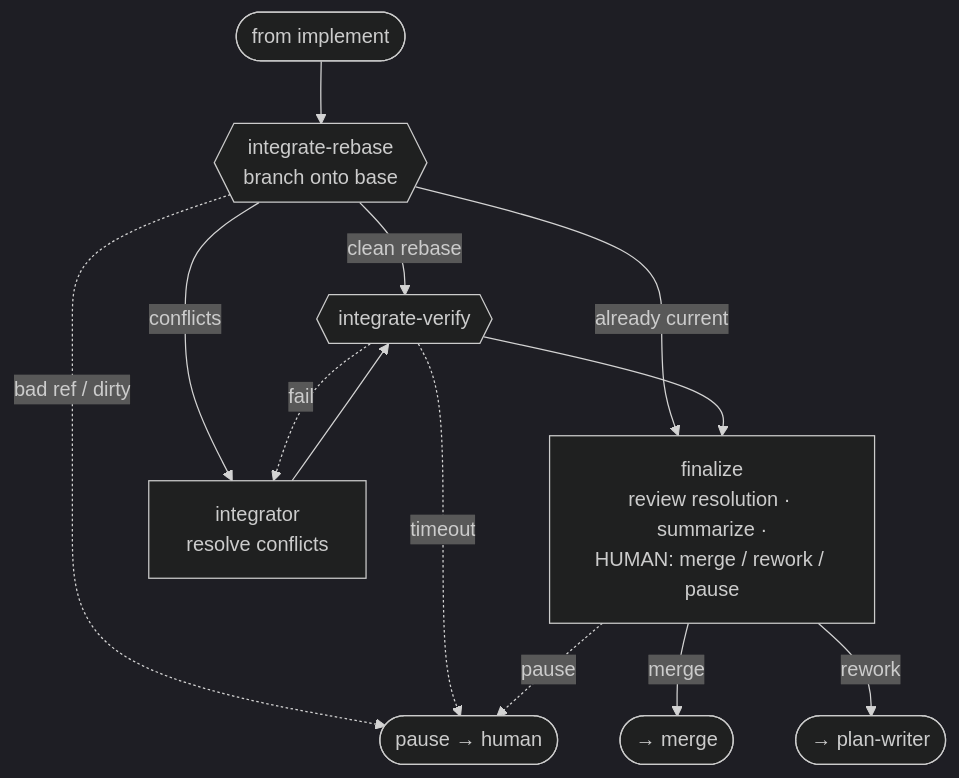
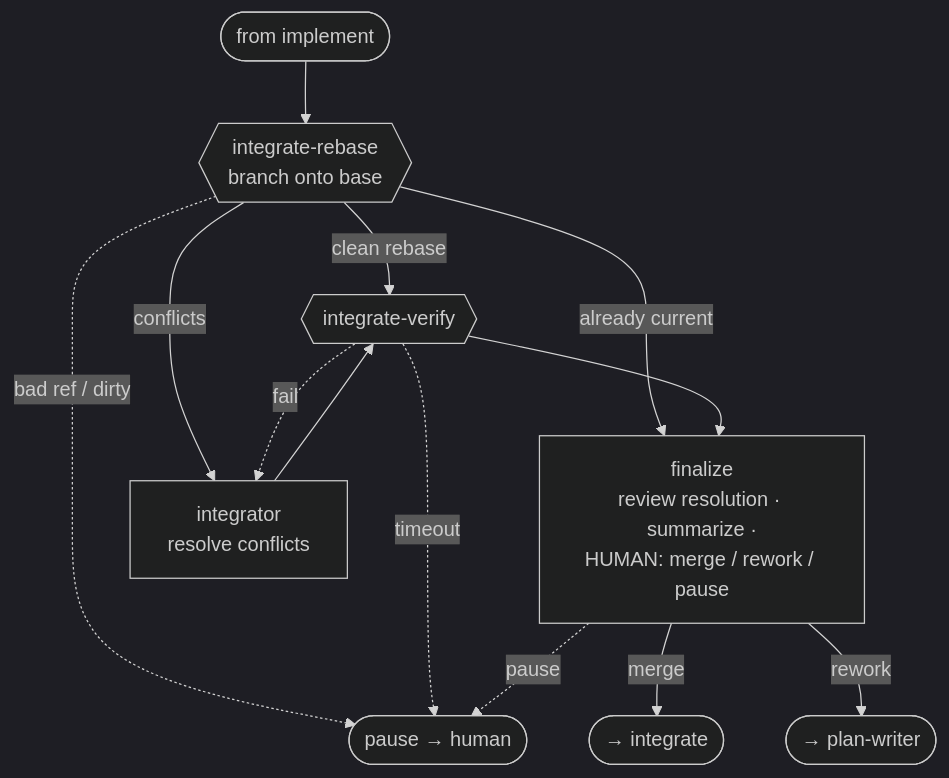
Before and after one commit to jpoimboe/imp: diagram 11 of 12 in docs/architecture.md, drawn with Mermaid (dark theme). The commit also changed other lines of this file, not shown here.

First line of the commit message:
docs: rename Phase ⑤ merge → integrate in architecture.md

````diff
--- a/docs/architecture.md
+++ b/docs/architecture.md
@@ -216,15 +216,15 @@
 ```mermaid
 flowchart TD
   in([from implement]) --> IR{{"integrate-rebase<br/>branch onto base"}}
   IR -->|"already current"| FIN
   IR -->|"clean rebase"| IV
   IR -->|conflicts| INT["integrator<br/>resolve conflicts"]
   IR -. "bad ref / dirty" .-> HUMAN([pause → human])
   INT --> IV{{"integrate-verify"}}
   IV -. fail .-> INT
   IV -. timeout .-> HUMAN
   IV --> FIN["finalize<br/>review resolution · summarize ·<br/>HUMAN: merge / rework / pause"]
   FIN -->|rework| back([→ plan-writer])
   FIN -. pause .-> HUMAN
-  FIN -->|merge| out([→ merge])
+  FIN -->|merge| out([→ integrate])
 ```
````
